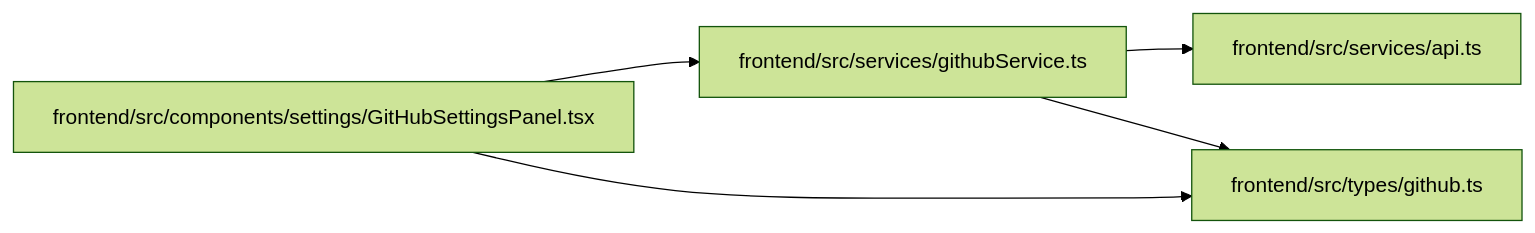
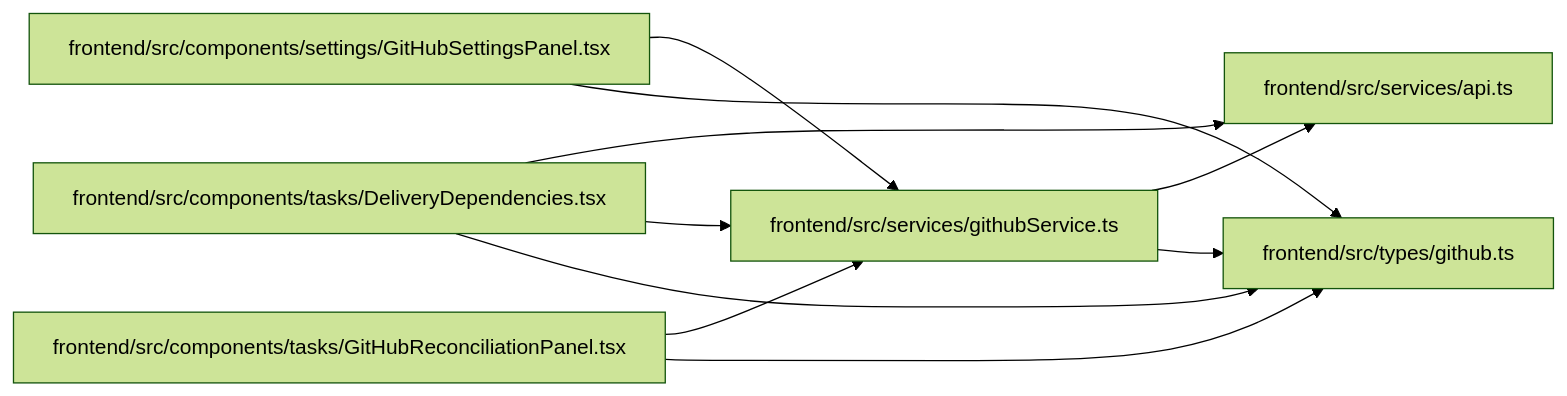
One commit to Denissvgn/WorkChord changed the diagram in docs/llm_wiki/modules/githubService.md. Above: the diagram before and after it, drawn with Mermaid (forest theme). The commit also changed other lines of this file and 1420 other files, not shown here.

First line of the commit message:
Refresh the architectural wiki for the 1.10.0 changes

````diff
--- a/docs/llm_wiki/modules/githubService.md
+++ b/docs/llm_wiki/modules/githubService.md
@@ -28,15 +28,24 @@
 ```mermaid
 flowchart LR
     n0["frontend/src/components/settings/GitHubSettingsPanel.tsx"]
-    n1["frontend/src/services/api.ts"]
-    n2["frontend/src/services/githubService.ts"]
-    n3["frontend/src/types/github.ts"]
-    n0 --> n2
-    n0 --> n3
-    n2 --> n1
-    n2 --> n3
+    n1["frontend/src/components/tasks/DeliveryDependencies.tsx"]
+    n2["frontend/src/components/tasks/GitHubReconciliationPanel.tsx"]
+    n3["frontend/src/services/api.ts"]
+    n4["frontend/src/services/githubService.ts"]
+    n5["frontend/src/types/github.ts"]
+    n0 --> n4
+    n0 --> n5
+    n1 --> n3
+    n1 --> n4
+    n1 --> n5
+    n2 --> n4
+    n2 --> n5
+    n4 --> n3
+    n4 --> n5
     click n0 "../modules/GitHubSettingsPanel.md"
-    click n1 "../modules/api.md"
-    click n2 "../modules/githubService.md"
-    click n3 "../modules/types_github.md"
+    click n1 "../modules/DeliveryDependencies.md"
+    click n2 "../modules/GitHubReconciliationPanel.md"
+    click n3 "../modules/api.md"
+    click n4 "../modules/githubService.md"
+    click n5 "../modules/types_github.md"
 ```
````
